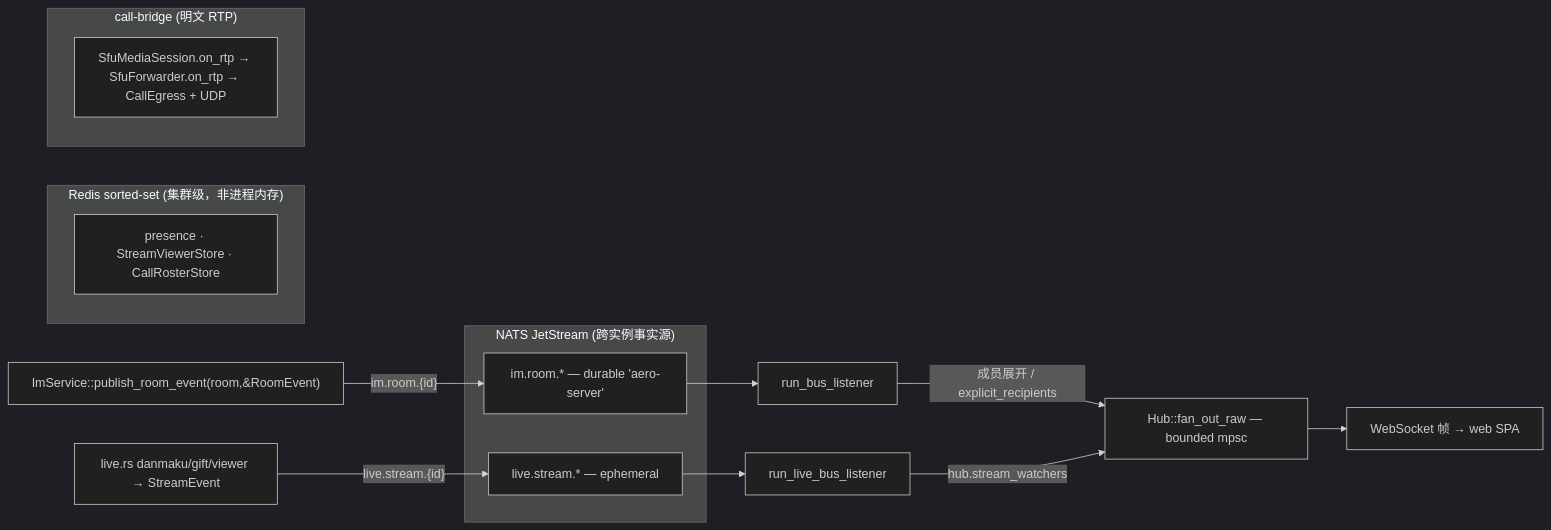
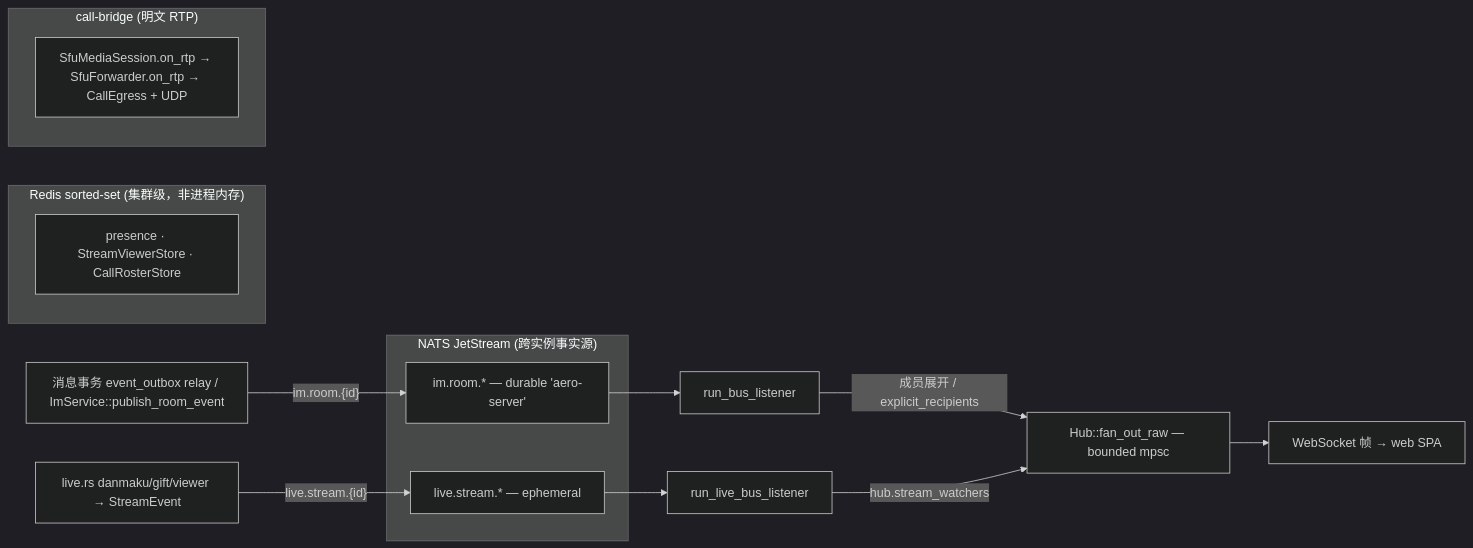
The diagram in AGENTS.md (yangwb1123/aero-im), drawn with Mermaid (dark theme) before and after one commit. The commit also changed other lines of this file and 1155 other files, not shown here.

````diff
--- a/AGENTS.md
+++ b/AGENTS.md
@@ -10,18 +10,18 @@
 ```mermaid
 flowchart LR
-  SVC["ImService::publish_room_event(room,&RoomEvent)"] -->|"im.room.{id}"| N1
+  SVC["消息事务 event_outbox relay / ImService::publish_room_event"] -->|"im.room.{id}"| N1
   LIVE["live.rs danmaku/gift/viewer → StreamEvent"] -->|"live.stream.{id}"| N2
   subgraph NATS["NATS JetStream (跨实例事实源)"]
     N1["im.room.* — durable 'aero-server'"]
     N2["live.stream.* — ephemeral"]
   end
   N1 --> L1["run_bus_listener"] -->|"成员展开 / explicit_recipients"| HUB
   N2 --> L2["run_live_bus_listener"] -->|"hub.stream_watchers"| HUB
   HUB["Hub::fan_out_raw — bounded mpsc"] --> WS["WebSocket 帧 → web SPA"]
   subgraph 集群状态["Redis sorted-set (集群级，非进程内存)"]
     R["presence · StreamViewerStore · CallRosterStore"]
   end
   subgraph 跨节点媒体["call-bridge (明文 RTP)"]
     BR["SfuMediaSession.on_rtp → SfuForwarder.on_rtp → CallEgress + UDP"]
   end
 ```
````
